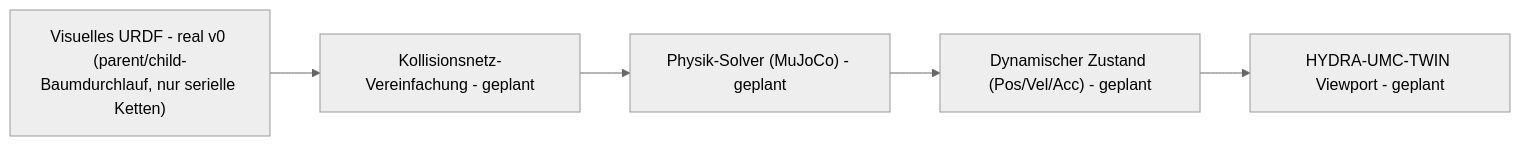
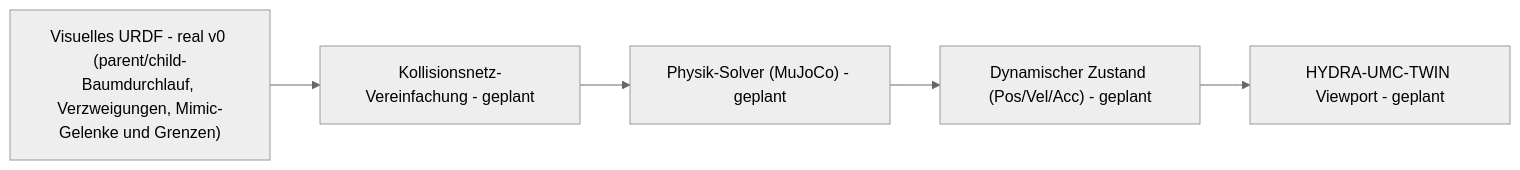
The diagram in README_deu.md (JuanenRac/HYDRA-UMC-PHYSICS-REPLICA), drawn with Mermaid (neutral theme) before and after one commit. The commit also changed other lines of this file and 15 other files, not shown here.

Commit message:
Read a branching URDF whole, follow mimic joints and check soft, velocity and effort limits

````diff
--- a/README_deu.md
+++ b/README_deu.md
@@ -57,7 +57,7 @@
 ```mermaid
 flowchart LR
-    URDF["Visuelles URDF - real v0 (parent/child-Baumdurchlauf, nur serielle Ketten)"] --> MESH["Kollisionsnetz-Vereinfachung - geplant"]
+    URDF["Visuelles URDF - real v0 (parent/child-Baumdurchlauf, Verzweigungen, Mimic-Gelenke und Grenzen)"] --> MESH["Kollisionsnetz-Vereinfachung - geplant"]
     MESH --> SOLVE["Physik-Solver (MuJoCo) - geplant"]
     SOLVE --> DYN["Dynamischer Zustand (Pos/Vel/Acc) - geplant"]
     DYN --> TWIN["HYDRA-UMC-TWIN Viewport - geplant"]
 ```
````
